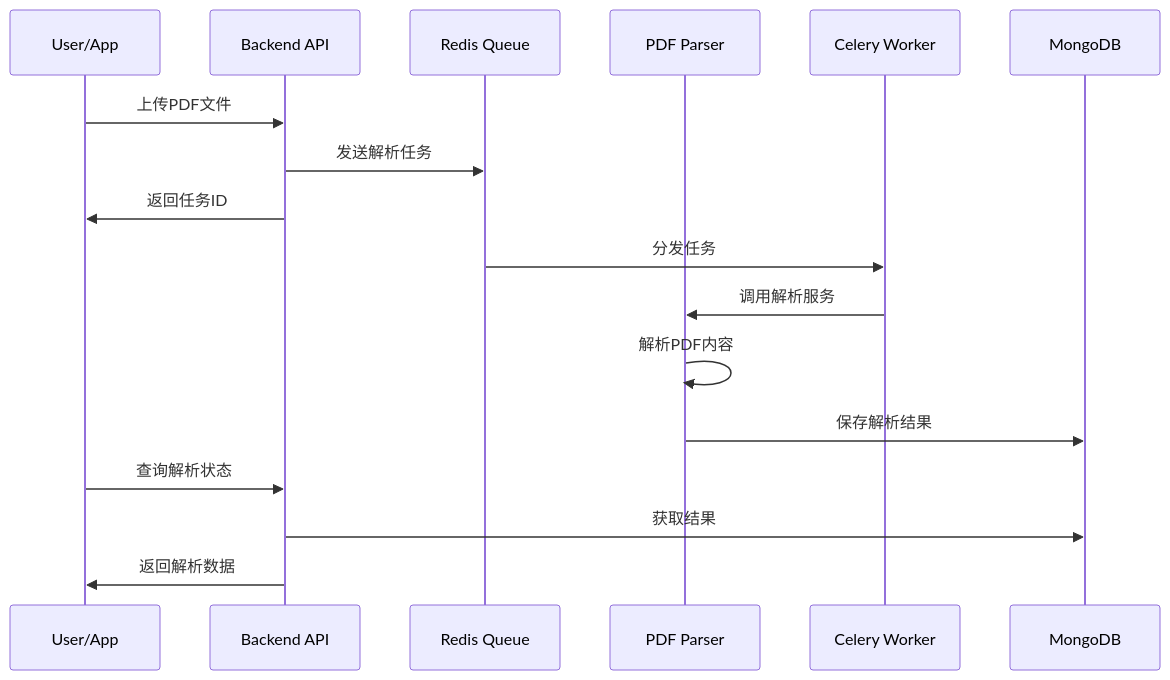
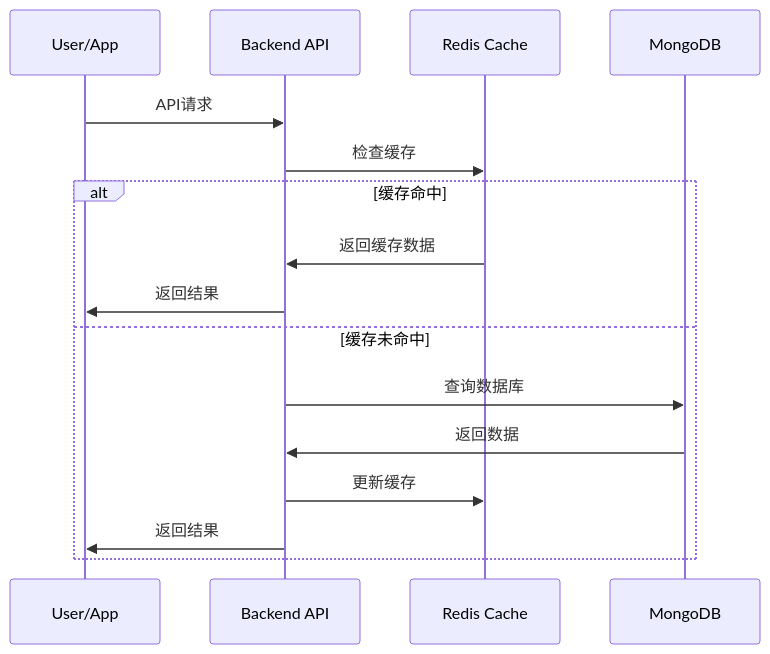
Before and after one commit to tangzzz-fan/NutriGuide_backend_all: the second of 3 diagrams in ARCHITECTURE.md, drawn with Mermaid. The commit also changed other lines of this file and 11 other files, not shown here.

````diff
--- a/ARCHITECTURE.md
+++ b/ARCHITECTURE.md
@@ -72,22 +56,19 @@
 ```mermaid
 sequenceDiagram
     participant U as User/App
     participant B as Backend API
-    participant R as Redis Queue
-    participant P as PDF Parser
-    participant W as Celery Worker
+    participant R as Redis Cache
     participant DB as MongoDB
 
-    U->>B: 上传PDF文件
-    B->>R: 发送解析任务
-    B->>U: 返回任务ID
-    
-    R->>W: 分发任务
-    W->>P: 调用解析服务
-    P->>P: 解析PDF内容
-    P->>DB: 保存解析结果
-    
-    U->>B: 查询解析状态
-    B->>DB: 获取结果
-    B->>U: 返回解析数据
+    U->>B: API请求
+    B->>R: 检查缓存
+    alt 缓存命中
+        R->>B: 返回缓存数据
+        B->>U: 返回结果
+    else 缓存未命中
+        B->>DB: 查询数据库
+        DB->>B: 返回数据
+        B->>R: 更新缓存
+        B->>U: 返回结果
+    end
 ```
````
